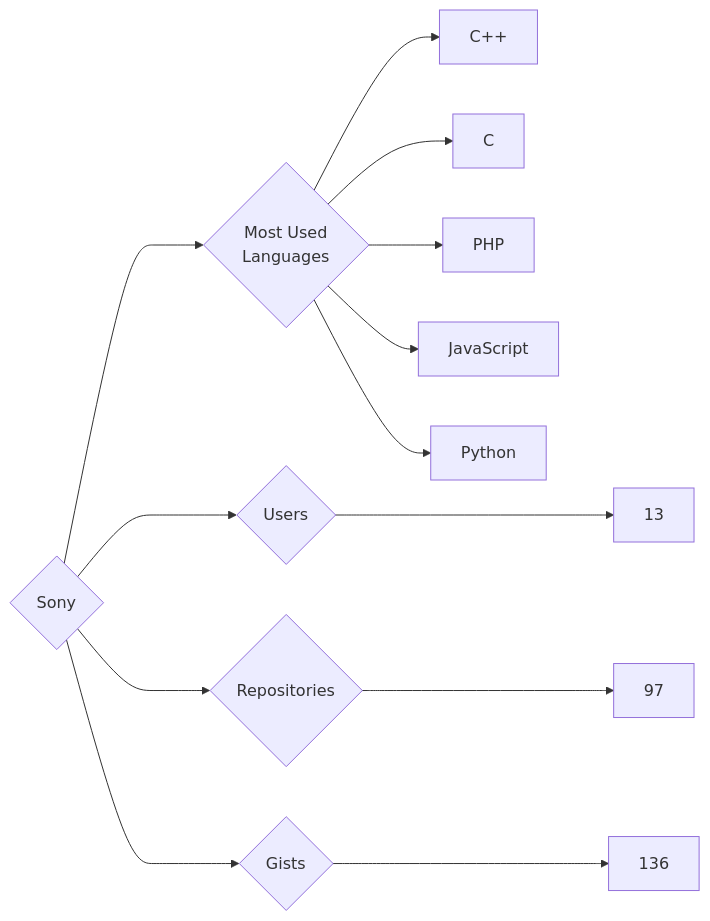
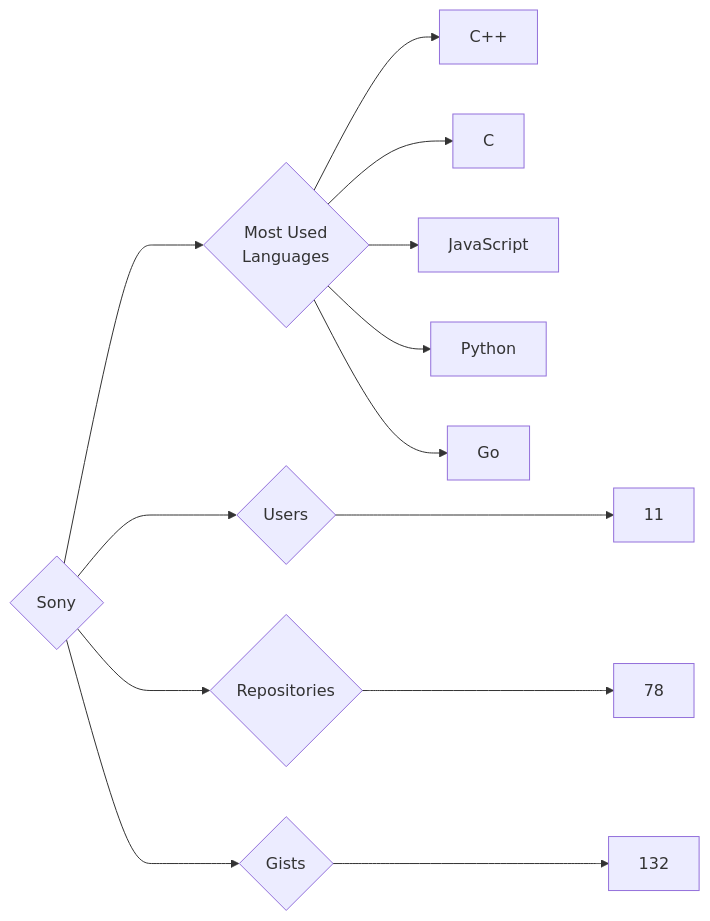
The diagram in targets/Sony/README.md (trickest/insiders), drawn with Mermaid before and after one commit. The commit also changed 920 other files, not shown here.

````diff
--- a/targets/Sony/README.md
+++ b/targets/Sony/README.md
@@ -3,13 +3,13 @@
 ```mermaid
 graph LR
 COMPANY_NAME{Sony}
-COMPANY_NAME ---> U{Users} ---> UN[13]
-COMPANY_NAME ---> R{Repositories} ---> RN[97]
-COMPANY_NAME ---> G{Gists} ---> GN[136]
+COMPANY_NAME ---> U{Users} ---> UN[11]
+COMPANY_NAME ---> R{Repositories} ---> RN[78]
+COMPANY_NAME ---> G{Gists} ---> GN[132]
 COMPANY_NAME ---> ML{Most Used<br>Languages}
 ML --> C++[C++]
 ML --> C[C]
-ML --> PHP[PHP]
 ML --> JavaScript[JavaScript]
 ML --> Python[Python]
+ML --> Go[Go]
 ```
````
